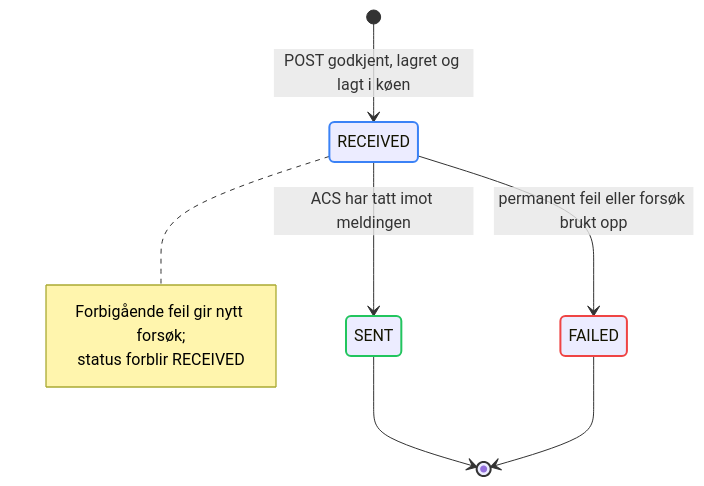
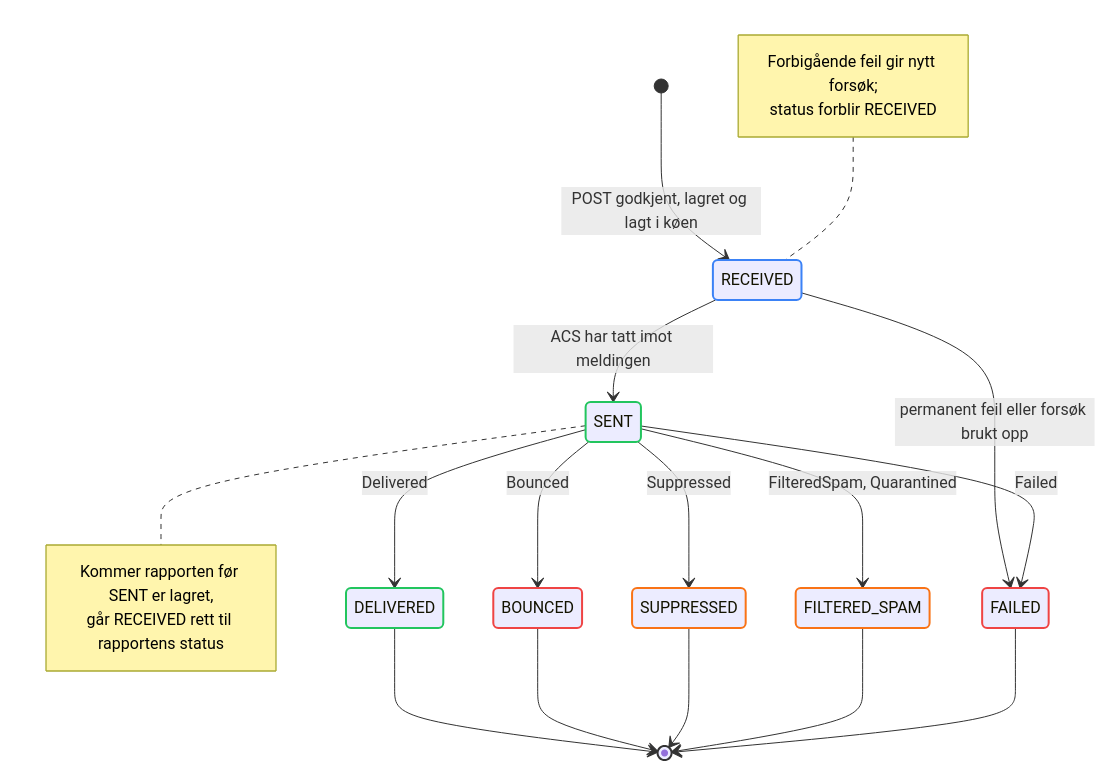
One commit to FINTLabs/fint-communication-service changed diagram 15 of 17 in docs/architecture.md. Above: the diagram before and after it, drawn with Mermaid. The commit also changed other lines of this file and 43 other files, not shown here.

````diff
--- a/docs/architecture.md
+++ b/docs/architecture.md
@@ -938,20 +1175,35 @@
 ```mermaid
 stateDiagram-v2
     [*] --> RECEIVED : POST godkjent, lagret og lagt i køen
     RECEIVED --> SENT : ACS har tatt imot meldingen
     RECEIVED --> FAILED : permanent feil eller forsøk brukt opp
-    SENT --> [*]
+    SENT --> DELIVERED : Delivered
+    SENT --> BOUNCED : Bounced
+    SENT --> SUPPRESSED : Suppressed
+    SENT --> FILTERED_SPAM : FilteredSpam, Quarantined
+    SENT --> FAILED : Failed
+    DELIVERED --> [*]
+    BOUNCED --> [*]
+    SUPPRESSED --> [*]
+    FILTERED_SPAM --> [*]
     FAILED --> [*]
 
-    note right of RECEIVED
+    note left of RECEIVED
         Forbigående feil gir nytt forsøk;
         status forblir RECEIVED
     end note
 
+    note right of SENT
+        Kommer rapporten før SENT er lagret,
+        går RECEIVED rett til rapportens status
+    end note
+
     classDef received stroke:#3B82F6,stroke-width:2px
     classDef sent stroke:#22C55E,stroke-width:2px
+    classDef warning stroke:#F97316,stroke-width:2px
     classDef failed stroke:#EF4444,stroke-width:2px
     class RECEIVED received
-    class SENT sent
-    class FAILED failed
+    class SENT,DELIVERED sent
+    class SUPPRESSED,FILTERED_SPAM warning
+    class FAILED,BOUNCED failed
 ```
````
